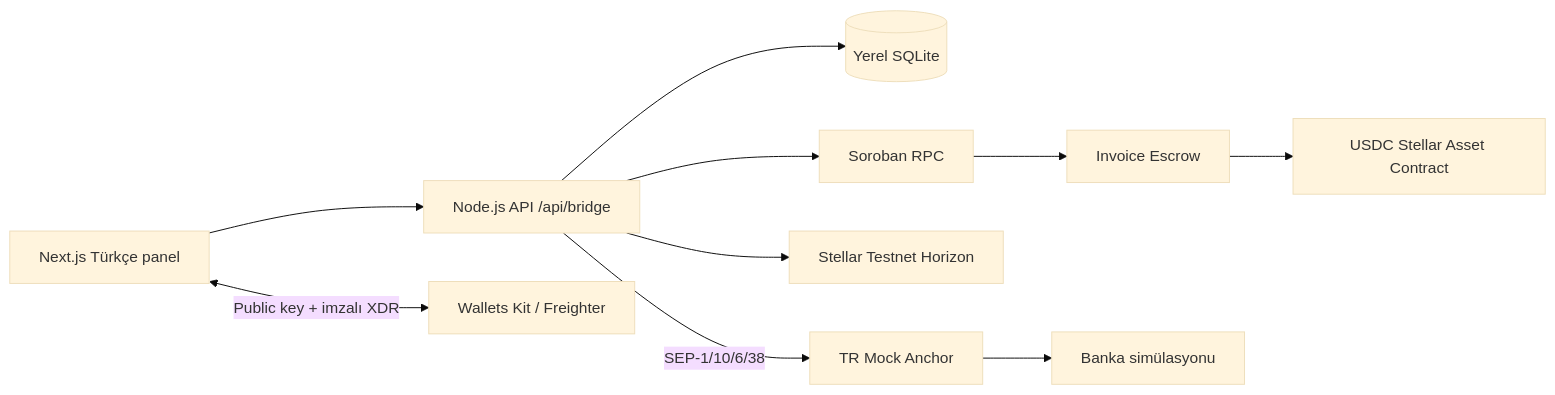
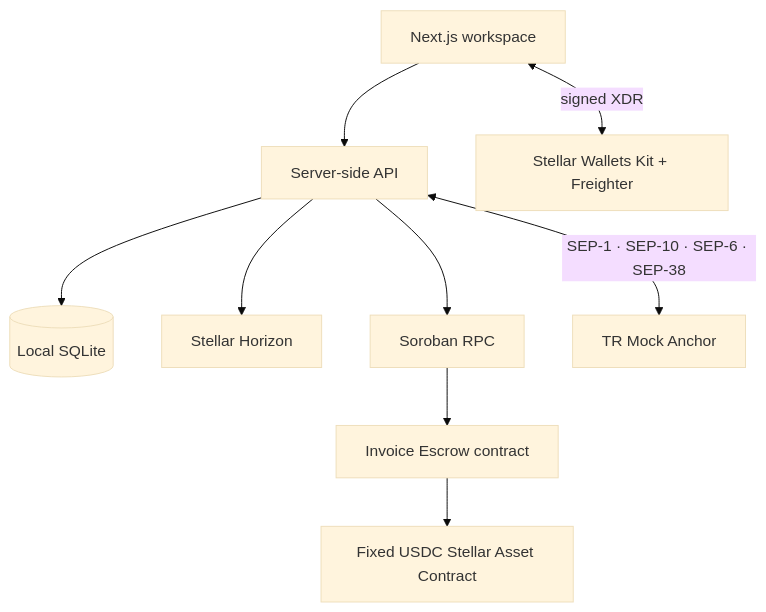
One commit to ugurrcoskun/Centerp changed the second of 3 diagrams in README.md. Above: the diagram before and after it, drawn with Mermaid (base theme). The commit also changed other lines of this file and 6 other files, not shown here.

````diff
--- a/README.md
+++ b/README.md
@@ -123,12 +45,11 @@
 ```mermaid
-flowchart LR
-    UI[Next.js Türkçe panel] --> API[Node.js API /api/bridge]
-    UI <-->|Public key + imzalı XDR| Wallet[Wallets Kit / Freighter]
-    API --> DB[(Yerel SQLite)]
-    API -->|SEP-1/10/6/38| Anchor[TR Mock Anchor]
-    API --> Horizon[Stellar Testnet Horizon]
-    API --> RPC[Soroban RPC]
-    RPC --> Escrow[Invoice Escrow]
-    Escrow --> SAC[USDC Stellar Asset Contract]
-    Anchor --> Bank[Banka simülasyonu]
+flowchart TB
+  UI[Next.js workspace] --> API[Server-side API]
+  UI <-->|signed XDR| WALLET[Stellar Wallets Kit + Freighter]
+  API --> DB[(Local SQLite)]
+  API --> H[Stellar Horizon]
+  API --> RPC[Soroban RPC]
+  RPC --> ESCROW[Invoice Escrow contract]
+  ESCROW --> SAC[Fixed USDC Stellar Asset Contract]
+  API <-->|SEP-1 · SEP-10 · SEP-6 · SEP-38| ANCHOR[TR Mock Anchor]
 ```
````
